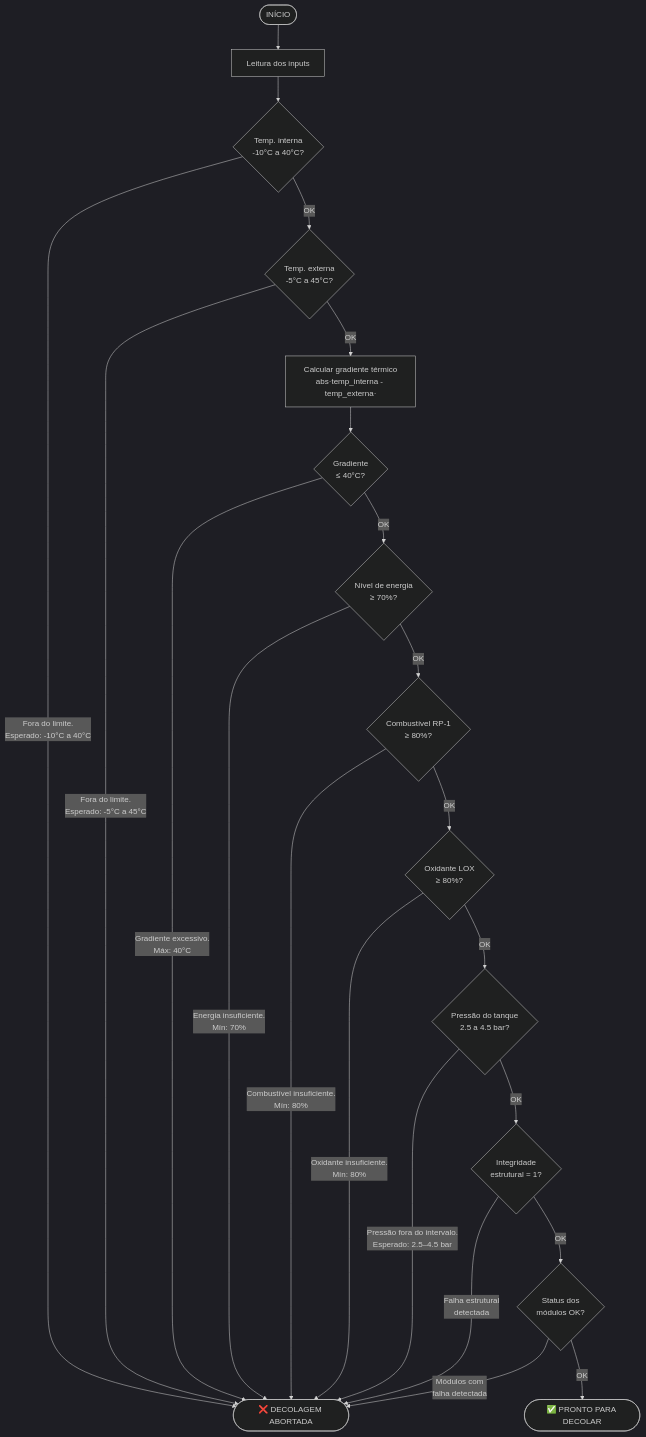
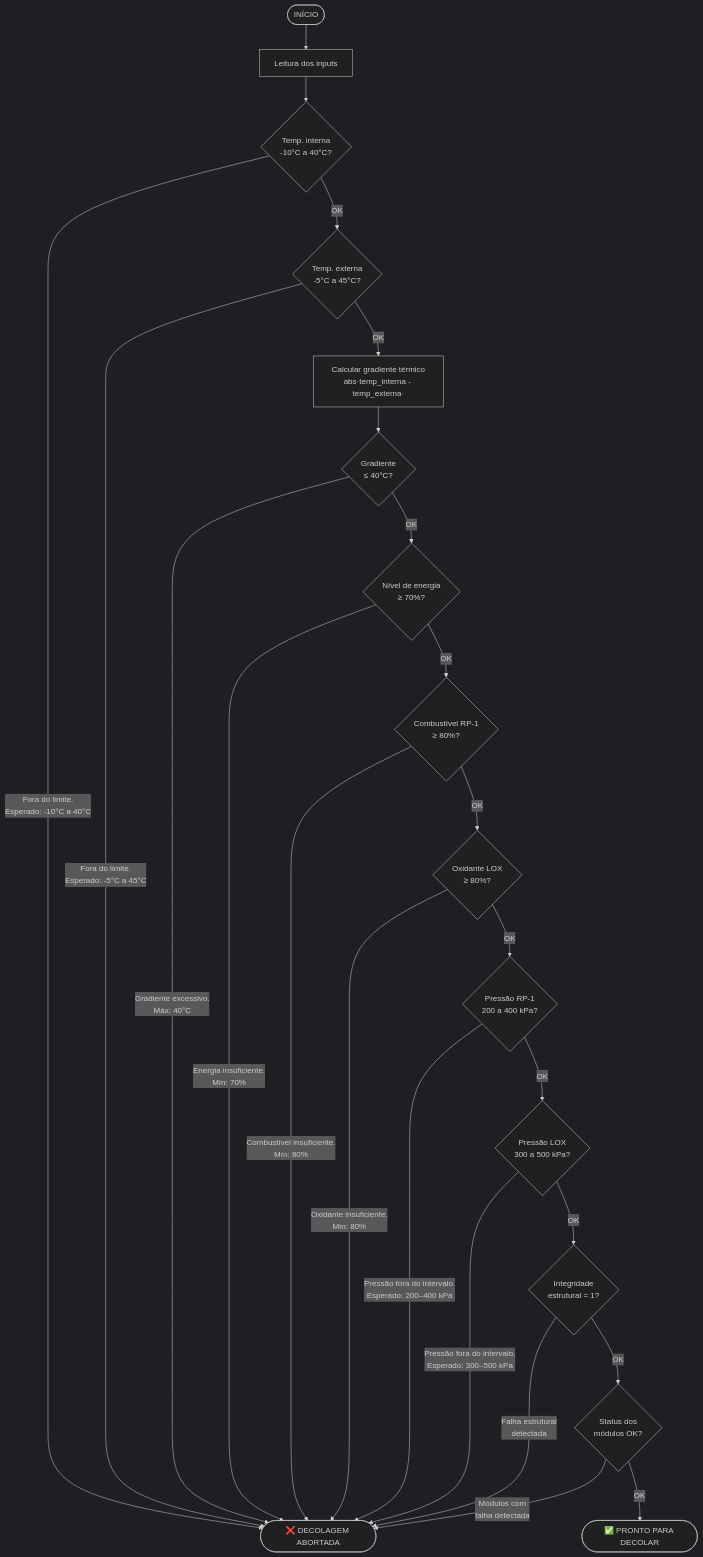
One commit to Aurora-Siger/Aurora-Siger changed the diagram in README.md. Above: the diagram before and after it, drawn with Mermaid (dark theme). The commit also changed other lines of this file and 1 other file, not shown here.

Commit message:
atualiza parâmetros de pressão no README e notebook para RP-1 e LOX

````diff
--- a/README.md
+++ b/README.md
@@ -13,27 +13,29 @@
 ```mermaid
 flowchart TD
     A([INÍCIO]) --> B[Leitura dos inputs]
     B --> C{Temp. interna\n-10°C a 40°C?}
     C -- "Fora do limite.\nEsperado: -10°C a 40°C" --> Z
     C -- OK --> D{Temp. externa\n-5°C a 45°C?}
     D -- "Fora do limite.\nEsperado: -5°C a 45°C" --> Z
     D -- OK --> E[Calcular gradiente térmico\nabs·temp_interna - temp_externa·]
     E --> F{Gradiente\n≤ 40°C?}
     F -- "Gradiente excessivo.\nMáx: 40°C" --> Z
     F -- OK --> G{Nível de energia\n≥ 70%?}
     G -- "Energia insuficiente.\nMín: 70%" --> Z
     G -- OK --> H{Combustível RP-1\n≥ 80%?}
     H -- "Combustível insuficiente.\nMín: 80%" --> Z
     H -- OK --> I{Oxidante LOX\n≥ 80%?}
     I -- "Oxidante insuficiente.\nMín: 80%" --> Z
-    I -- OK --> J{Pressão do tanque\n2.5 a 4.5 bar?}
-    J -- "Pressão fora do intervalo.\nEsperado: 2.5–4.5 bar" --> Z
-    J -- OK --> K{Integridade\nestrutural = 1?}
+    I -- OK --> J{Pressão RP-1\n200 a 400 kPa?}
+    J -- "Pressão fora do intervalo.\nEsperado: 200–400 kPa" --> Z
+    J -- OK --> J2{Pressão LOX\n300 a 500 kPa?}
+    J2 -- "Pressão fora do intervalo.\nEsperado: 300–500 kPa" --> Z
+    J2 -- OK --> K{Integridade\nestrutural = 1?}
     K -- "Falha estrutural\ndetectada" --> Z
     K -- OK --> L{Status dos\nmódulos OK?}
     L -- "Módulos com\nfalha detectada" --> Z
     L -- OK --> Y
 
     Y([✅ PRONTO PARA DECOLAR])
     Z([❌ DECOLAGEM ABORTADA])
 ```
````
